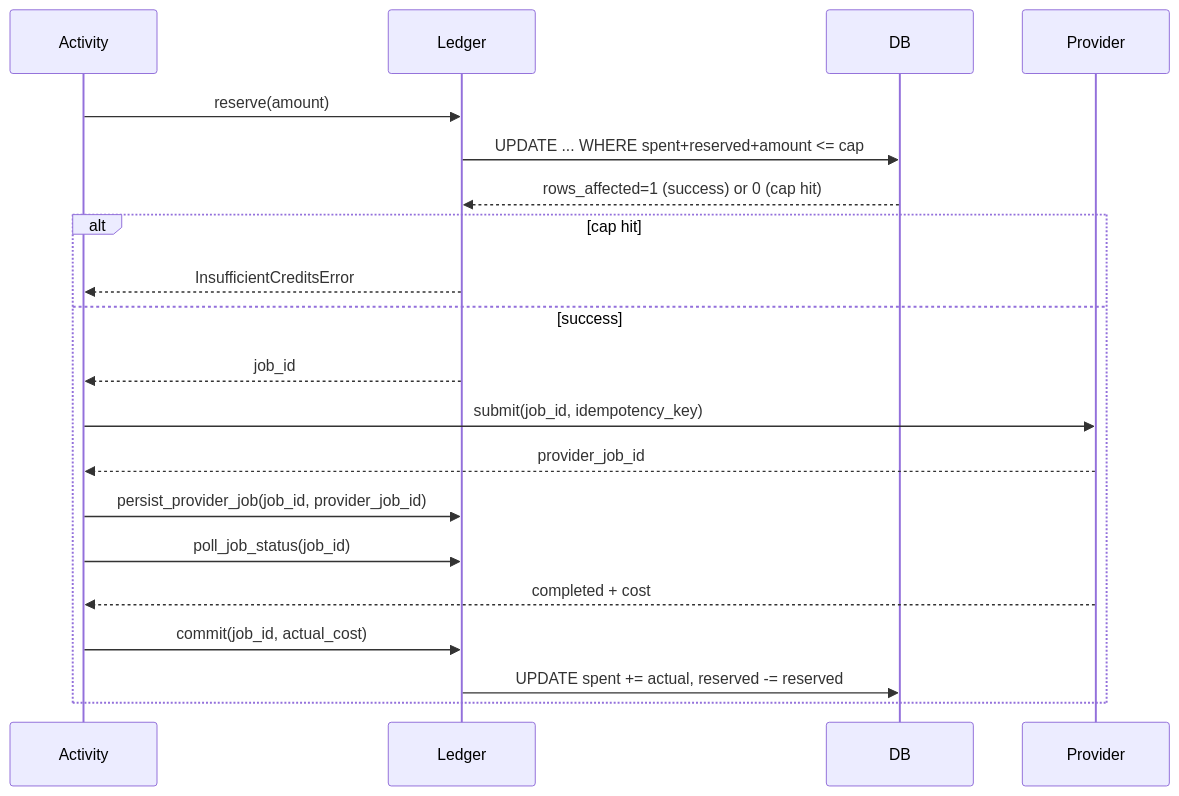
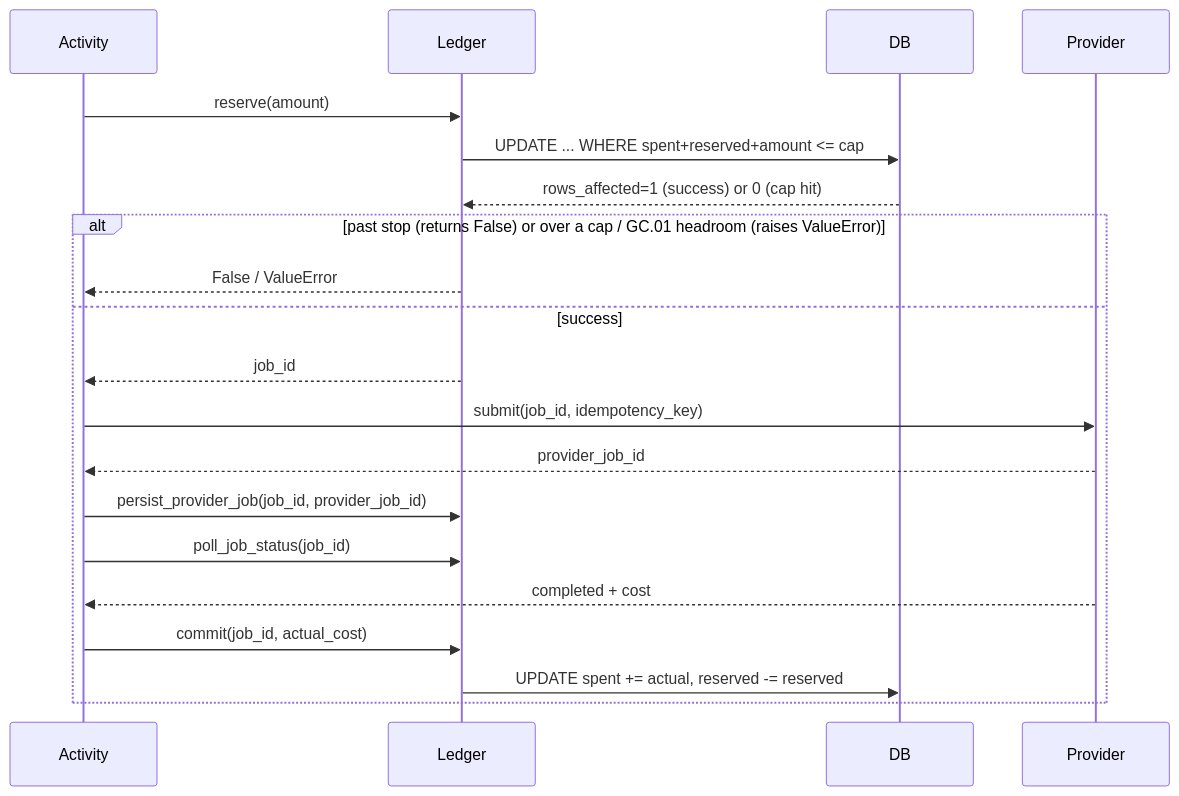
Before and after one commit to TravisBuilds/DuckDuckGoose: the fourth of 4 diagrams in docs/ARCHITECTURE.md, drawn with Mermaid. The commit also changed other lines of this file and 6 other files, not shown here.

````diff
--- a/docs/ARCHITECTURE.md
+++ b/docs/ARCHITECTURE.md
@@ -236,23 +236,23 @@
 ```mermaid
 sequenceDiagram
     participant Activity
     participant Ledger
     participant DB
     participant Provider
     
     Activity->>Ledger: reserve(amount)
     Ledger->>DB: UPDATE ... WHERE spent+reserved+amount <= cap
     DB-->>Ledger: rows_affected=1 (success) or 0 (cap hit)
-    alt cap hit
-        Ledger-->>Activity: InsufficientCreditsError
+    alt past stop (returns False) or over a cap / GC.01 headroom (raises ValueError)
+        Ledger-->>Activity: False / ValueError
     else success
         Ledger-->>Activity: job_id
         Activity->>Provider: submit(job_id, idempotency_key)
         Provider-->>Activity: provider_job_id
         Activity->>Ledger: persist_provider_job(job_id, provider_job_id)
         Activity->>Ledger: poll_job_status(job_id)
         Provider-->>Activity: completed + cost
         Activity->>Ledger: commit(job_id, actual_cost)
         Ledger->>DB: UPDATE spent += actual, reserved -= reserved
     end
 ```
````
